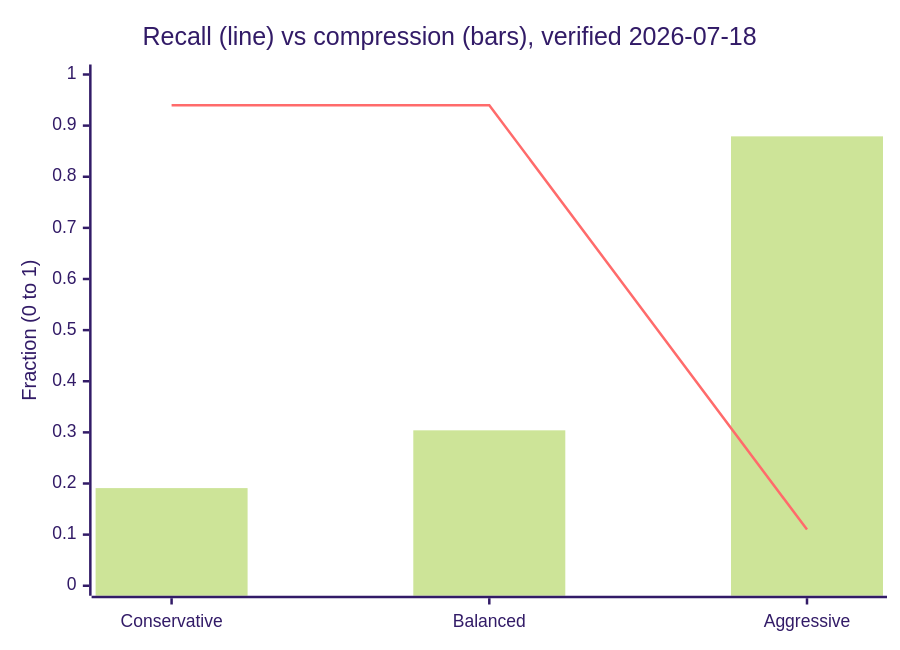
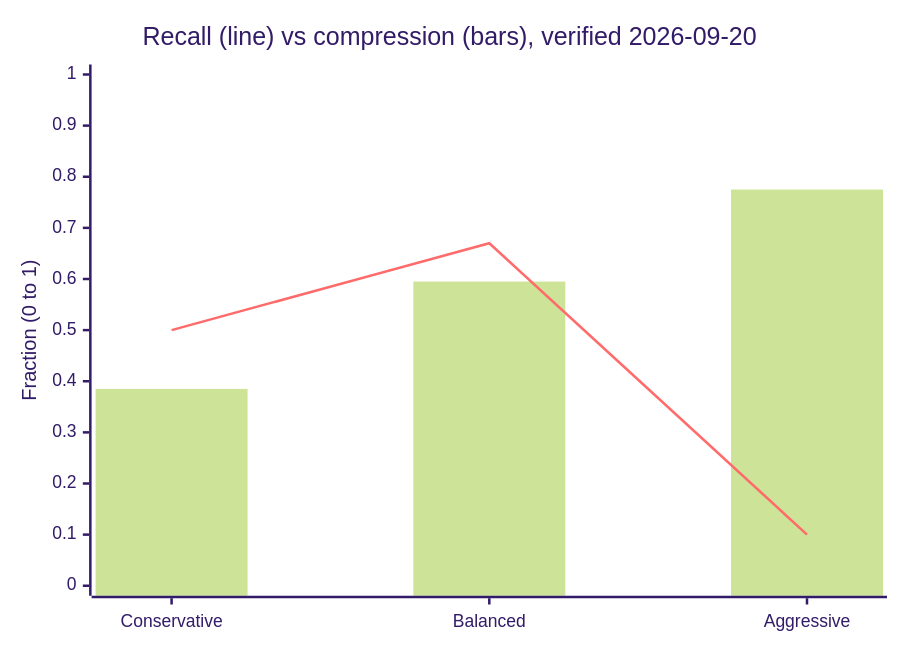
The second of 2 diagrams in docs/part2-context/measuring-quality.md (nitinpawar28/AI-learn), drawn with Mermaid (forest theme) before and after one commit. The commit also changed other lines of this file and 11 other files, not shown here.

````diff
--- a/docs/part2-context/measuring-quality.md
+++ b/docs/part2-context/measuring-quality.md
@@ -127,8 +127,8 @@
 ```mermaid
 xychart-beta
-    title "Recall (line) vs compression (bars), verified 2026-07-18"
+    title "Recall (line) vs compression (bars), verified 2026-09-20"
     x-axis ["Conservative", "Balanced", "Aggressive"]
     y-axis "Fraction (0 to 1)" 0 --> 1
-    bar [0.191, 0.304, 0.879]
-    line [0.94, 0.94, 0.11]
+    bar [0.385, 0.595, 0.775]
+    line [0.50, 0.67, 0.10]
 ```
````
